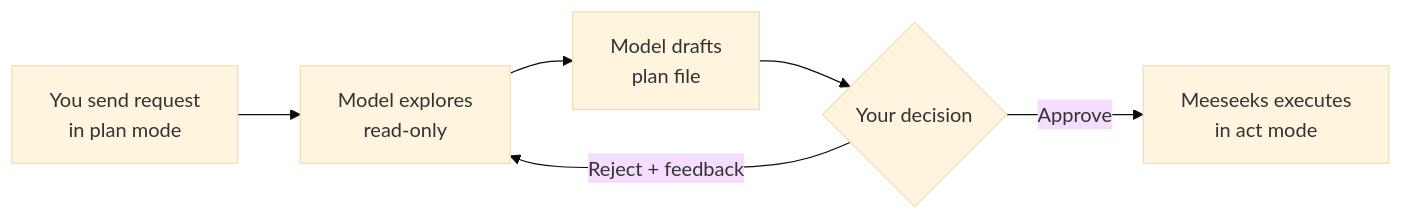
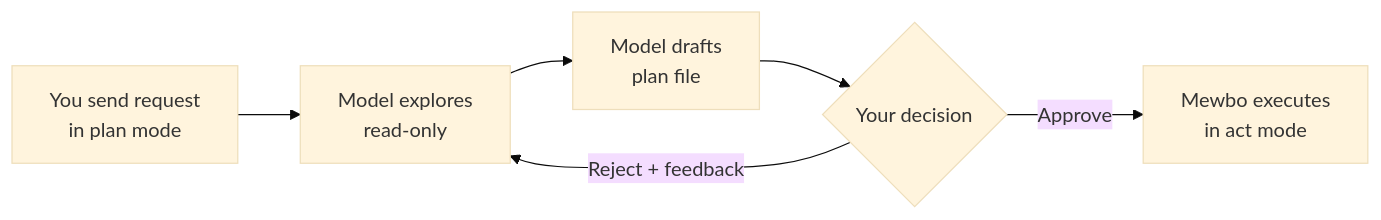
One commit to bearlike/Assistant changed the diagram in docs/features-plan-mode.md. Above: the diagram before and after it, drawn with Mermaid (base theme). The commit also changed other lines of this file and 651 other files, not shown here.

````diff
--- a/docs/features-plan-mode.md
+++ b/docs/features-plan-mode.md
@@ -58,8 +58,8 @@
 ```mermaid
 flowchart LR
     A[You send request<br/>in plan mode] --> B[Model explores<br/>read-only]
     B --> C[Model drafts<br/>plan file]
     C --> D{Your decision}
-    D -->|Approve| E[Meeseeks executes<br/>in act mode]
+    D -->|Approve| E[Mewbo executes<br/>in act mode]
     D -->|Reject + feedback| B
 ```
````
